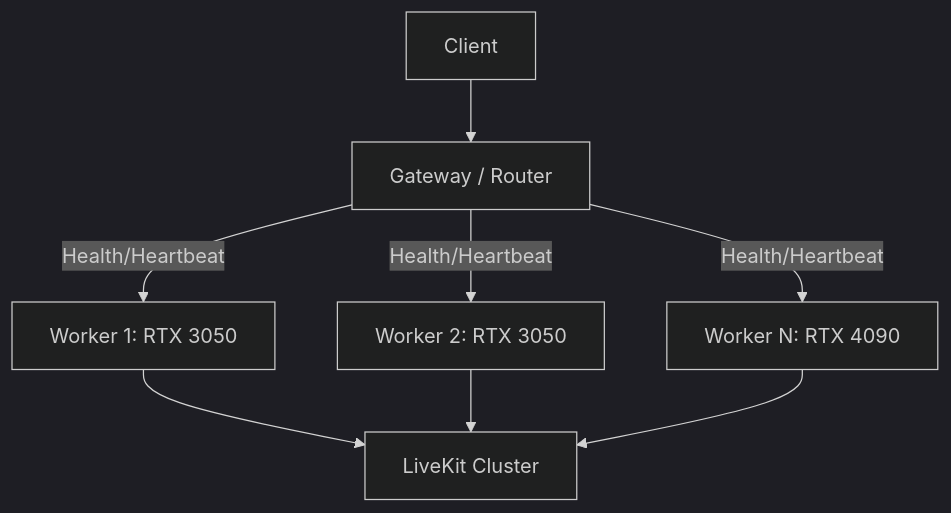
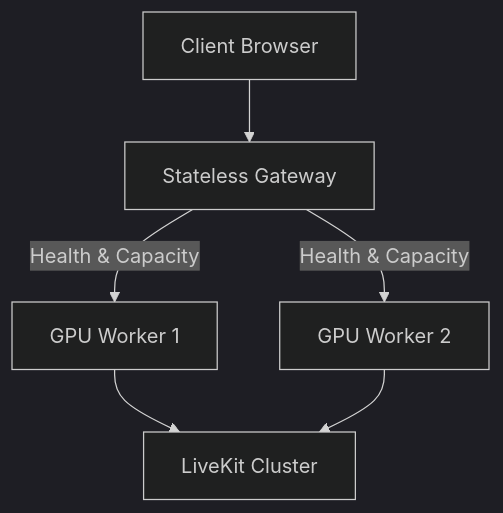
Before and after one commit to abhishekraaut/realistic-ai-avatar: the diagram in docs/deployment/HORIZONTAL_SCALING.md, drawn with Mermaid (dark theme). The commit also changed other lines of this file and 10 other files, not shown here.

````diff
--- a/docs/deployment/HORIZONTAL_SCALING.md
+++ b/docs/deployment/HORIZONTAL_SCALING.md
@@ -3,11 +3,9 @@
 ```mermaid
 flowchart TD
-    C[Client] --> G[Gateway / Router]
-    G -- "Health/Heartbeat" --> W1[Worker 1: RTX 3050]
-    G -- "Health/Heartbeat" --> W2[Worker 2: RTX 3050]
-    G -- "Health/Heartbeat" --> WN[Worker N: RTX 4090]
+    C[Client Browser] --> G[Stateless Gateway]
+    G -- "Health & Capacity" --> W1[GPU Worker 1]
+    G -- "Health & Capacity" --> W2[GPU Worker 2]
     
     W1 --> L[LiveKit Cluster]
     W2 --> L
-    WN --> L
 ```
````
